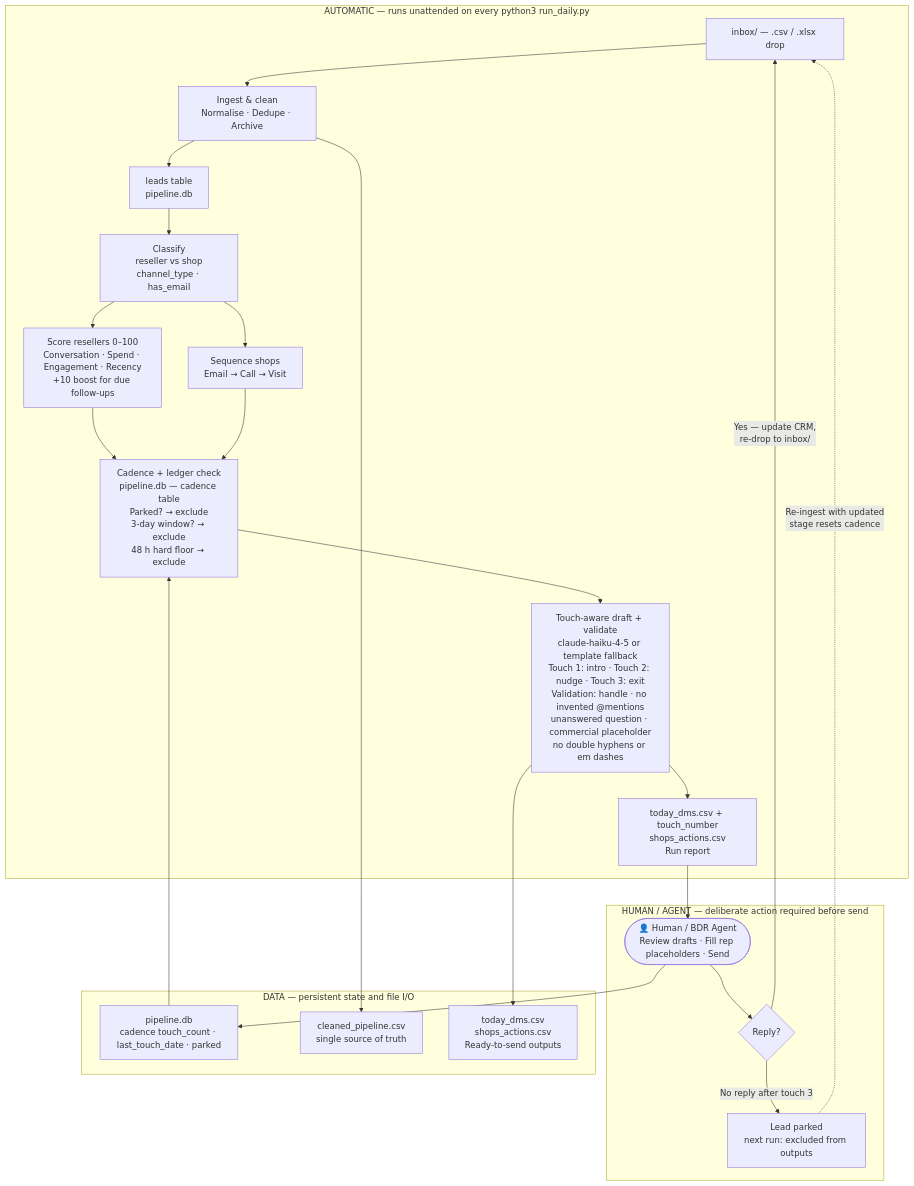
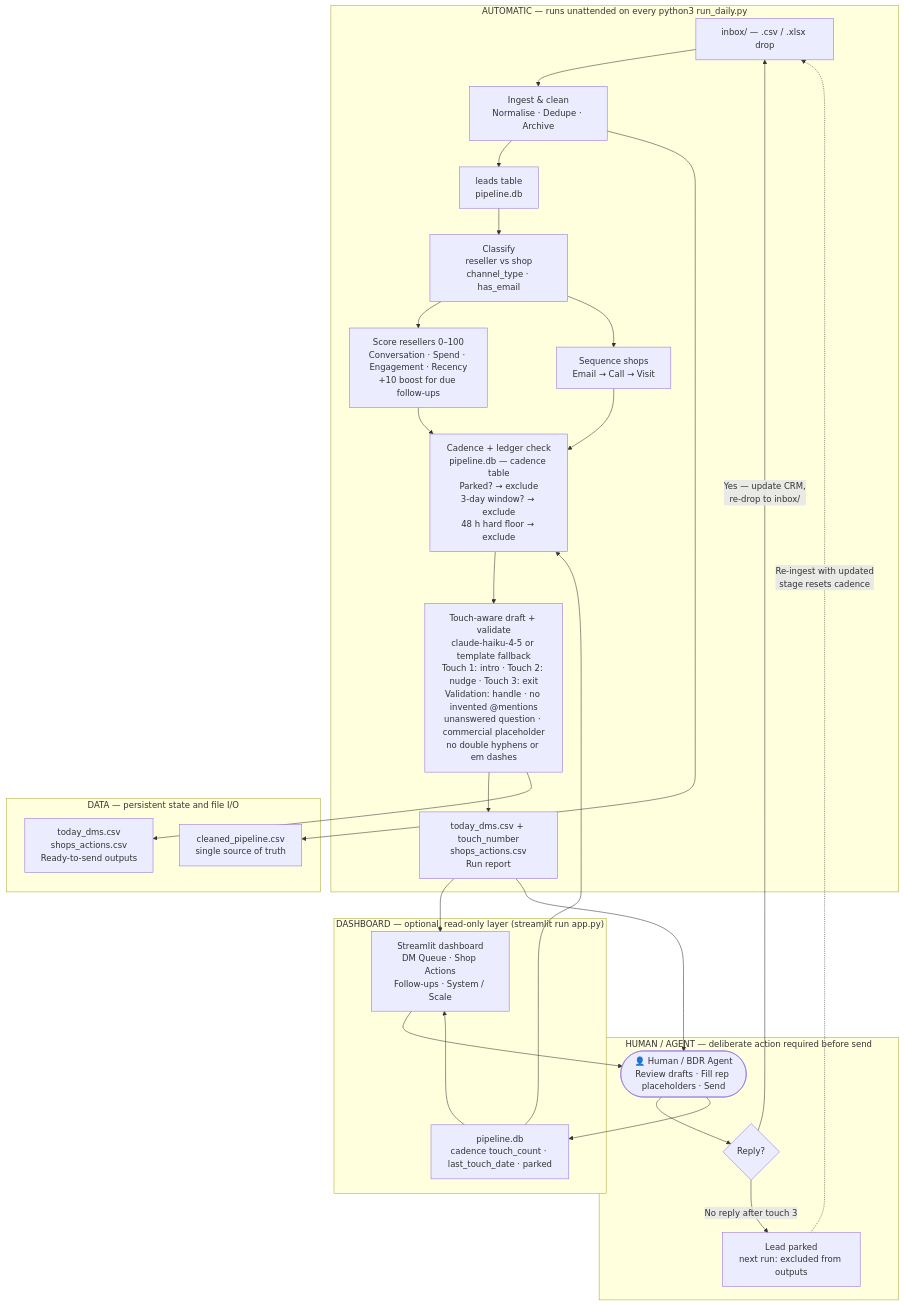
One commit to chmcbain-design/CHM-Fleek-GTM changed the diagram in ARCHITECTURE.md. Above: the diagram before and after it, drawn with Mermaid. The commit also changed other lines of this file and 2 other files, not shown here.

First line of the commit message:
Make the dashboard the primary interface in README

````diff
--- a/ARCHITECTURE.md
+++ b/ARCHITECTURE.md
@@ -5,34 +5,40 @@
 ```mermaid
 flowchart TD
     subgraph AUTOMATIC["AUTOMATIC — runs unattended on every python3 run_daily.py"]
         A[inbox/ — .csv / .xlsx drop] --> B[Ingest & clean\nNormalise · Dedupe · Archive]
         B --> C[leads table\npipeline.db]
         C --> D[Classify\nreseller vs shop\nchannel_type · has_email]
         D --> E1[Score resellers 0–100\nConversation · Spend · Engagement · Recency\n+10 boost for due follow-ups]
         D --> E2[Sequence shops\nEmail → Call → Visit]
         E1 --> F[Cadence + ledger check\npipeline.db — cadence table\nParked? → exclude\n3-day window? → exclude\n48 h hard floor → exclude]
         E2 --> F
         F --> G[Touch-aware draft + validate\nclaude-haiku-4-5 or template fallback\nTouch 1: intro · Touch 2: nudge · Touch 3: exit\nValidation: handle · no invented @mentions\nunanswered question · commercial placeholder\nno double hyphens or em dashes]
         G --> J[today_dms.csv + touch_number\nshops_actions.csv\nRun report]
     end
 
+    subgraph UI["DASHBOARD — optional, read-only layer (streamlit run app.py)"]
+        J --> Q[Streamlit dashboard\nDM Queue · Shop Actions\nFollow-ups · System / Scale]
+        N --> Q
+    end
+
     subgraph HUMAN["HUMAN / AGENT — deliberate action required before send"]
         J --> K([👤 Human / BDR Agent\nReview drafts · Fill rep placeholders · Send])
+        Q --> K
         K --> L{Reply?}
         L -->|Yes — update CRM,\nre-drop to inbox/| A
         L -->|No reply after touch 3| M[Lead parked\nnext run: excluded from outputs]
         M -.->|Re-ingest with updated\nstage resets cadence| A
     end
 
     subgraph DATA["DATA — persistent state and file I/O"]
         C
         N[pipeline.db\ncadence touch_count · last_touch_date · parked]
         O[cleaned_pipeline.csv\nsingle source of truth]
         P[today_dms.csv\nshops_actions.csv\nReady-to-send outputs]
     end
 
     K --> N
     N --> F
     B --> O
     G --> P
 ```
````
